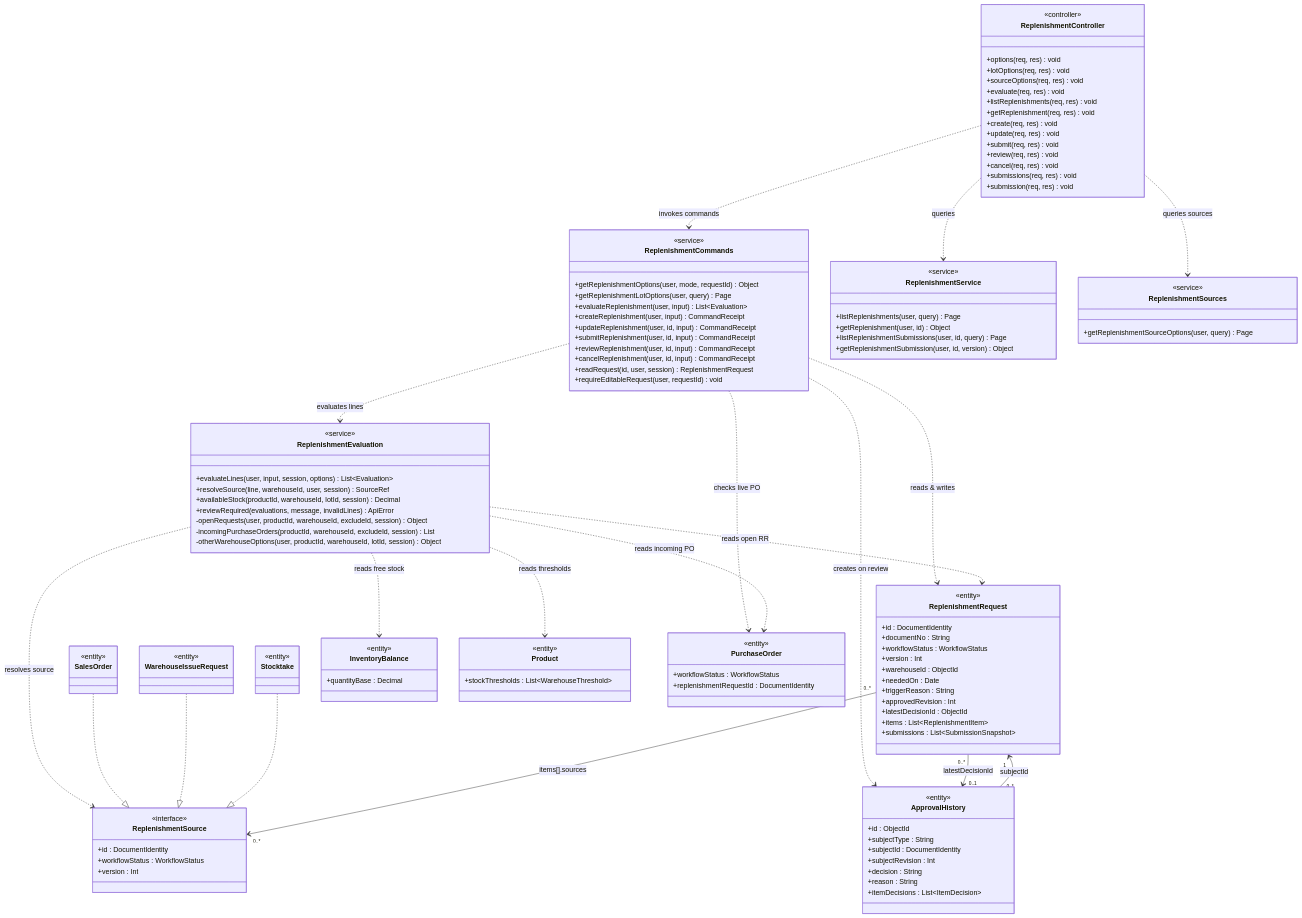
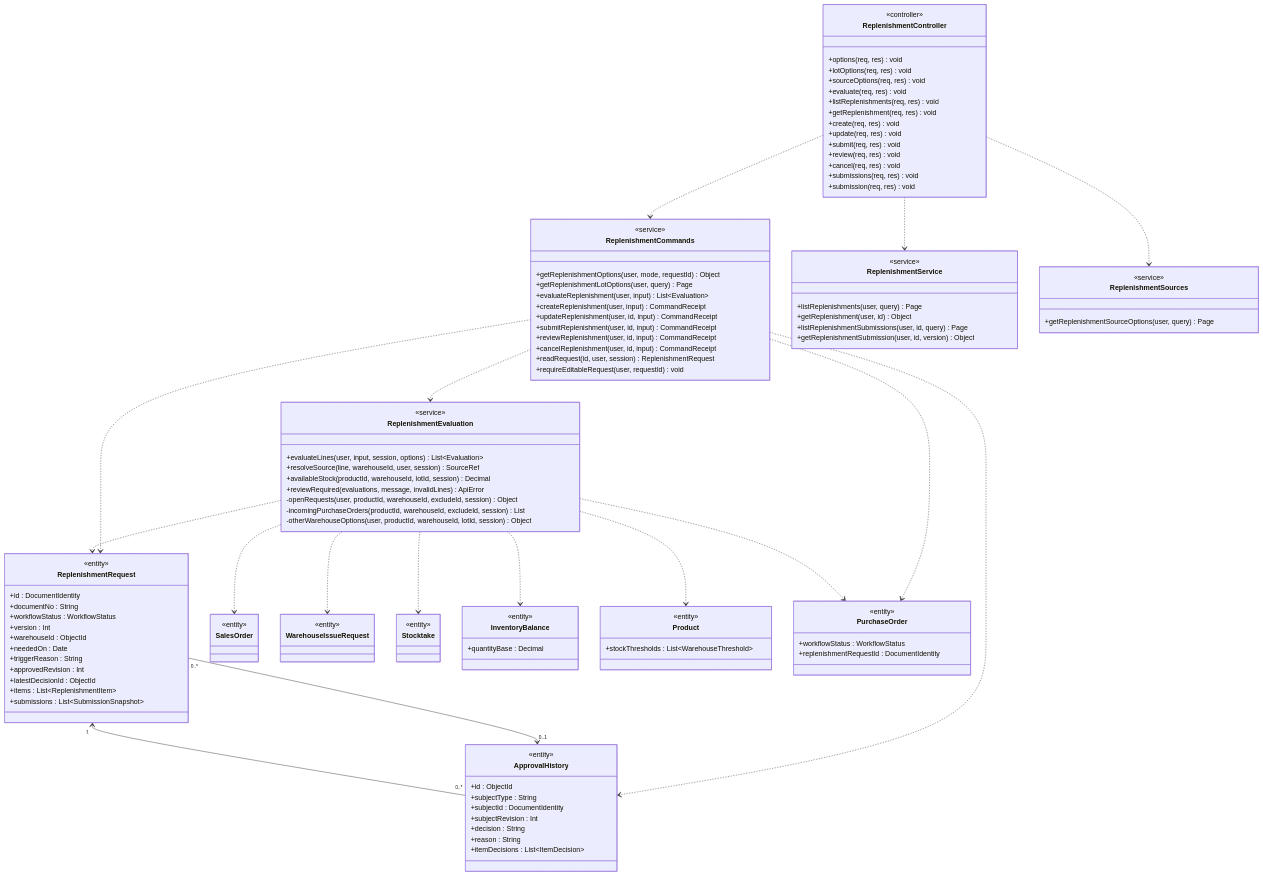
Before and after one commit to bupbalabup/wmsd_be: the fourth of 46 diagrams in git_doc/docs/01_bao_cao/WMSD_Report4_Draft.md, drawn with Mermaid. The commit also changed other lines of this file and 80 other files, not shown here.

First line of the commit message:
feat(purchase): implement core purchase functionalities and validation schemas

````diff
--- a/git_doc/docs/01_bao_cao/WMSD_Report4_Draft.md
+++ b/git_doc/docs/01_bao_cao/WMSD_Report4_Draft.md
@@ -492,12 +492,6 @@
     +reason : String
     +itemDecisions : List~ItemDecision~
   }
-  class ReplenishmentSource {
-    <<interface>>
-    +id : DocumentIdentity
-    +workflowStatus : WorkflowStatus
-    +version : Int
-  }
   class SalesOrder {
     <<entity>>
   }
@@ -520,22 +514,20 @@
     +workflowStatus : WorkflowStatus
     +replenishmentRequestId : DocumentIdentity
   }
-  ReplenishmentController ..> ReplenishmentCommands : invokes commands
-  ReplenishmentController ..> ReplenishmentService : queries
-  ReplenishmentController ..> ReplenishmentSources : queries sources
-  ReplenishmentCommands ..> ReplenishmentEvaluation : evaluates lines
-  ReplenishmentCommands ..> ReplenishmentRequest : reads & writes
-  ReplenishmentCommands ..> ApprovalHistory : creates on review
-  ReplenishmentCommands ..> PurchaseOrder : checks live PO
-  ReplenishmentEvaluation ..> ReplenishmentSource : resolves source
-  ReplenishmentEvaluation ..> ReplenishmentRequest : reads open RR
-  ReplenishmentEvaluation ..> InventoryBalance : reads free stock
-  ReplenishmentEvaluation ..> Product : reads thresholds
-  ReplenishmentEvaluation ..> PurchaseOrder : reads incoming PO
-  SalesOrder ..|> ReplenishmentSource
-  WarehouseIssueRequest ..|> ReplenishmentSource
-  Stocktake ..|> ReplenishmentSource
-  ApprovalHistory "0..*" --> "1" ReplenishmentRequest : subjectId
-  ReplenishmentRequest "0..*" --> "0..1" ApprovalHistory : latestDecisionId
-  ReplenishmentRequest "0..*" --> "0..*" ReplenishmentSource : items[].sources
+  ReplenishmentController ..> ReplenishmentCommands
+  ReplenishmentController ..> ReplenishmentService
+  ReplenishmentController ..> ReplenishmentSources
+  ReplenishmentCommands ..> ReplenishmentEvaluation
+  ReplenishmentCommands ..> ReplenishmentRequest
+  ReplenishmentCommands ..> ApprovalHistory
+  ReplenishmentCommands ..> PurchaseOrder
+  ReplenishmentEvaluation ..> ReplenishmentRequest
+  ReplenishmentEvaluation ..> InventoryBalance
+  ReplenishmentEvaluation ..> Product
+  ReplenishmentEvaluation ..> PurchaseOrder
+  ReplenishmentEvaluation ..> SalesOrder
+  ReplenishmentEvaluation ..> WarehouseIssueRequest
+  ReplenishmentEvaluation ..> Stocktake
+  ApprovalHistory "0..*" --> "1" ReplenishmentRequest
+  ReplenishmentRequest "0..*" --> "0..1" ApprovalHistory
 ```
````
